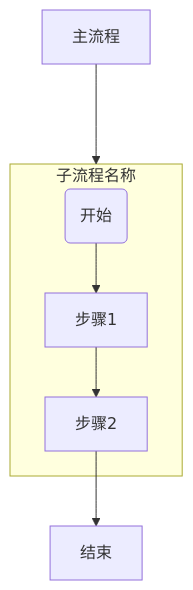
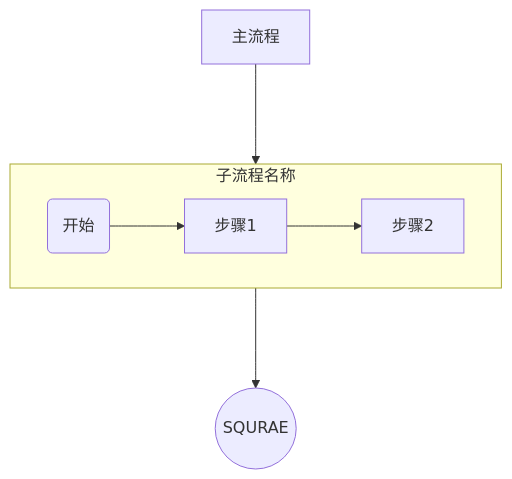
Before and after one commit to zeff163/stackedit-app-data: the third of 3 diagrams in Daily work/2025/Month_04/07.md, drawn with Mermaid. The commit also changed other lines of this file, not shown here.

````diff
--- a/Daily work/2025/Month_04/07.md
+++ b/Daily work/2025/Month_04/07.md
@@ -73,9 +73,9 @@
 ```mermaid
 graph TD
-    A[主流程] ---> 子流程{检查}
     subgraph 子流程 [子流程名称]
         B(开始) --> C[步骤1]
         C --> D[步骤2]
     end
-    D --> E[结束]
+    A[主流程] ---> 子流程{检查}--->E((SQURAE))
+ 
 ```
````
